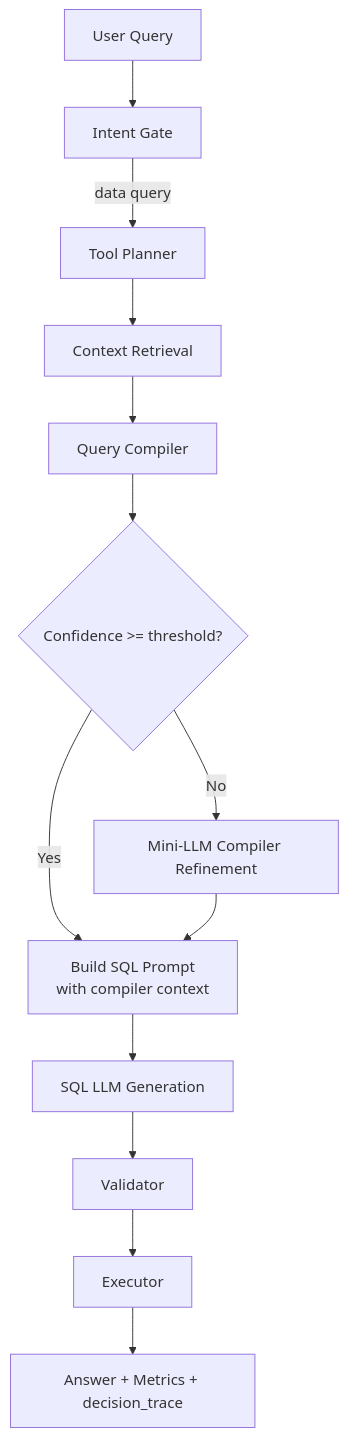
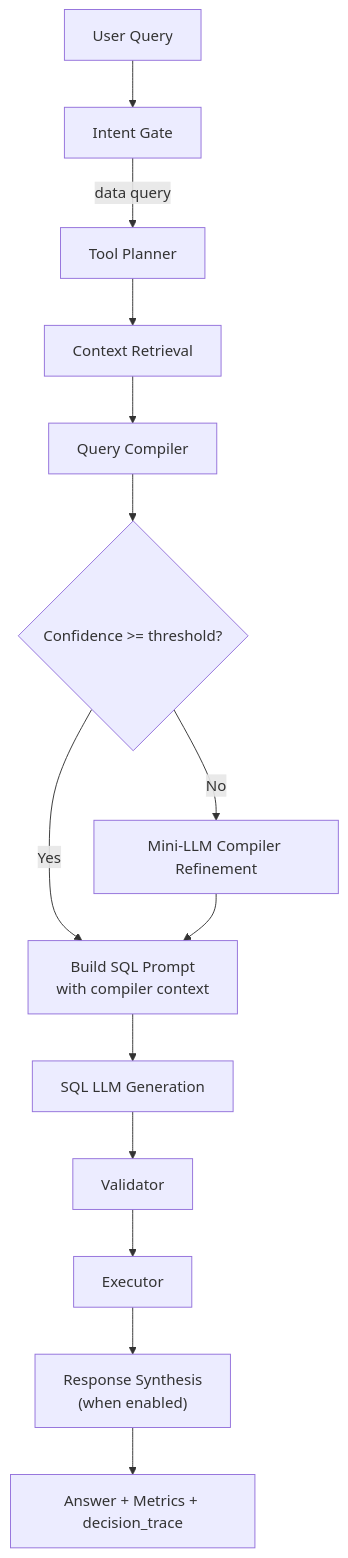
One commit to onubrooks/datachat changed the diagram in docs/QUERY_COMPILER_RUNTIME.md. Above: the diagram before and after it, drawn with Mermaid. The commit also changed other lines of this file and 1 other file, not shown here.

Commit message:
Refine runtime docs and include response synthesis in flow

````diff
--- a/docs/QUERY_COMPILER_RUNTIME.md
+++ b/docs/QUERY_COMPILER_RUNTIME.md
@@ -17,15 +17,16 @@
 ```mermaid
 flowchart TD
   Q["User Query"] --> I["Intent Gate"]
   I -->|data query| TP["Tool Planner"]
   TP --> C["Context Retrieval"]
   C --> CP["Query Compiler"]
   CP --> D{"Confidence >= threshold?"}
   D -->|Yes| P["Build SQL Prompt<br/>with compiler context"]
   D -->|No| R["Mini-LLM Compiler Refinement"]
   R --> P
   P --> S["SQL LLM Generation"]
   S --> V["Validator"]
   V --> E["Executor"]
-  E --> A["Answer + Metrics + decision_trace"]
+  E --> RS["Response Synthesis<br/>(when enabled)"]
+  RS --> A["Answer + Metrics + decision_trace"]
 ```
````
